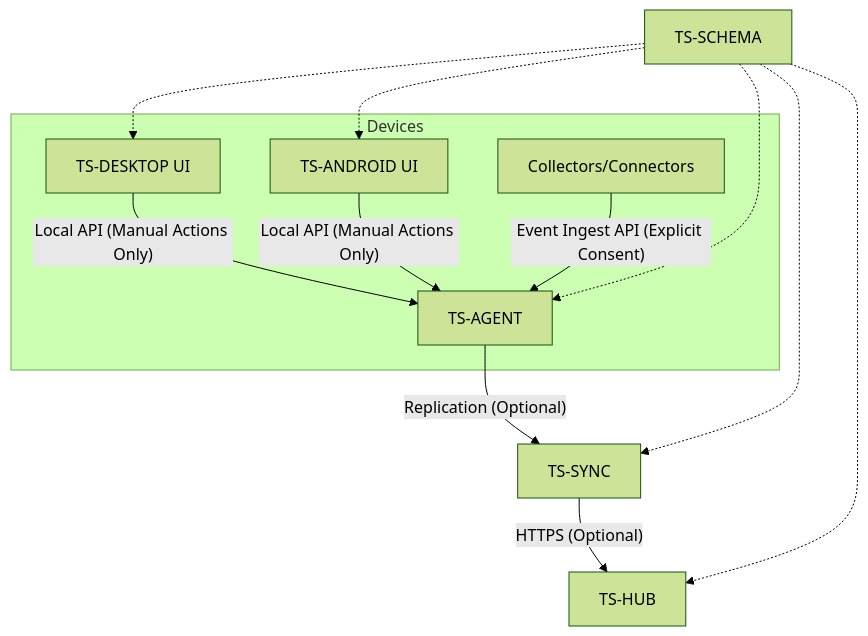
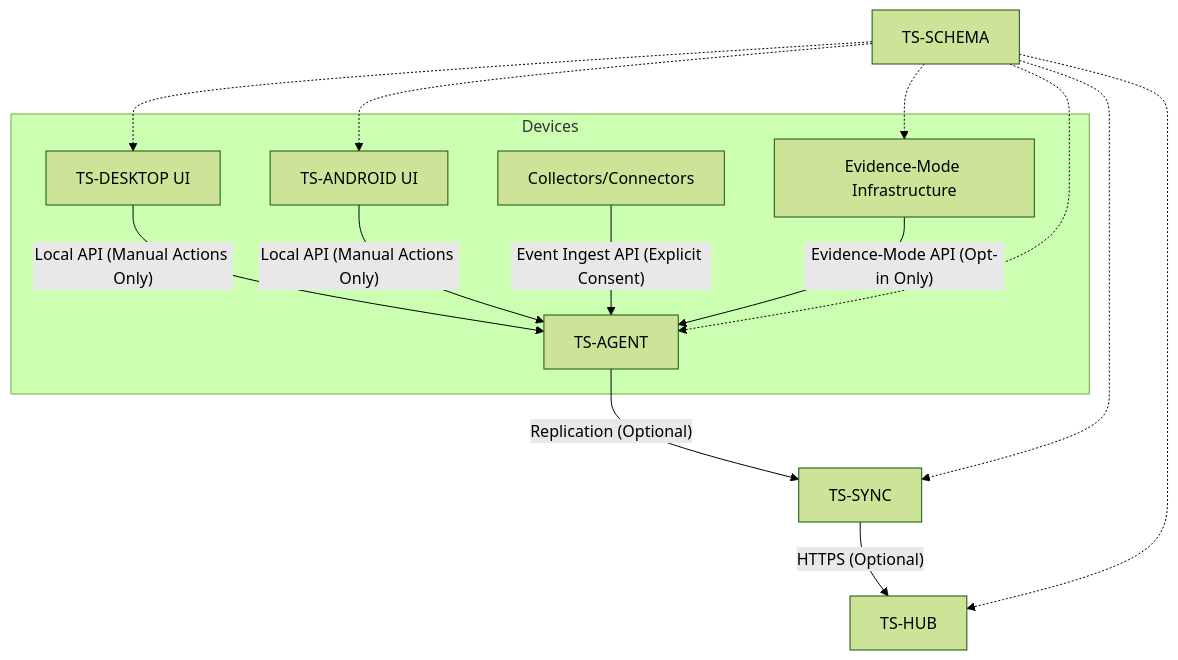
The second of 4 diagrams in .qoder/repowiki/en/content/Development Roadmap.md (asukhodko/timeskein), drawn with Mermaid (forest theme) before and after one commit. The commit also changed other lines of this file and 6 other files, not shown here.

First line of the commit message:
docs(adr): add ADR-0003 Evidence-Mode Opt-in architecture decision

````diff
--- a/.qoder/repowiki/en/content/Development Roadmap.md
+++ b/.qoder/repowiki/en/content/Development Roadmap.md
@@ -130,22 +170,25 @@
 ```mermaid
 graph TB
 subgraph "Devices"
 D_UI["TS-DESKTOP UI"]
 A_UI["TS-ANDROID UI"]
 AG["TS-AGENT"]
 COL["Collectors/Connectors"]
+EM["Evidence-Mode Infrastructure"]
 end
 HUB["TS-HUB"]
 SYNC["TS-SYNC"]
 SCHEMA["TS-SCHEMA"]
 D_UI --> |"Local API (Manual Actions Only)"| AG
 A_UI --> |"Local API (Manual Actions Only)"| AG
 COL --> |"Event Ingest API (Explicit Consent)"| AG
+EM --> |"Evidence-Mode API (Opt-in Only)"| AG
 AG --> |"Replication (Optional)"| SYNC
 SYNC --> |"HTTPS (Optional)"| HUB
 SCHEMA -.-> D_UI
 SCHEMA -.-> A_UI
 SCHEMA -.-> AG
 SCHEMA -.-> SYNC
 SCHEMA -.-> HUB
+SCHEMA -.-> EM
 ```
````
